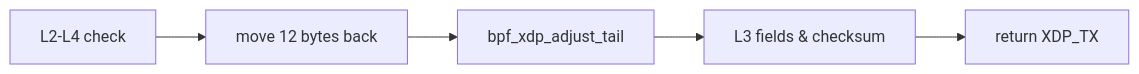
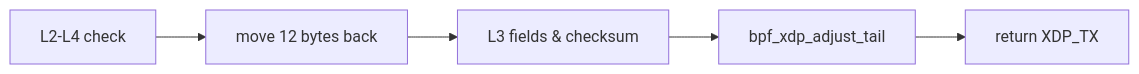
The second of 2 diagrams in docs/gradpro/weeklypre/slides.md (myl7/xdptun), drawn with Mermaid before and after one commit. The commit also changed other lines of this file, not shown here.

````diff
--- a/docs/gradpro/weeklypre/slides.md
+++ b/docs/gradpro/weeklypre/slides.md
@@ -36,4 +124,4 @@
 ```mermaid
 flowchart LR
-  S1[L2-L4 check] --> S2[move 12 bytes back] --> S3[bpf_xdp_adjust_tail] --> S4[L3 fields & checksum] --> S5[return XDP_TX]
+  S1[L2-L4 check] --> S2[move 12 bytes back] --> S3[L3 fields & checksum] --> S4[bpf_xdp_adjust_tail] --> S5[return XDP_TX]
 ```
````
